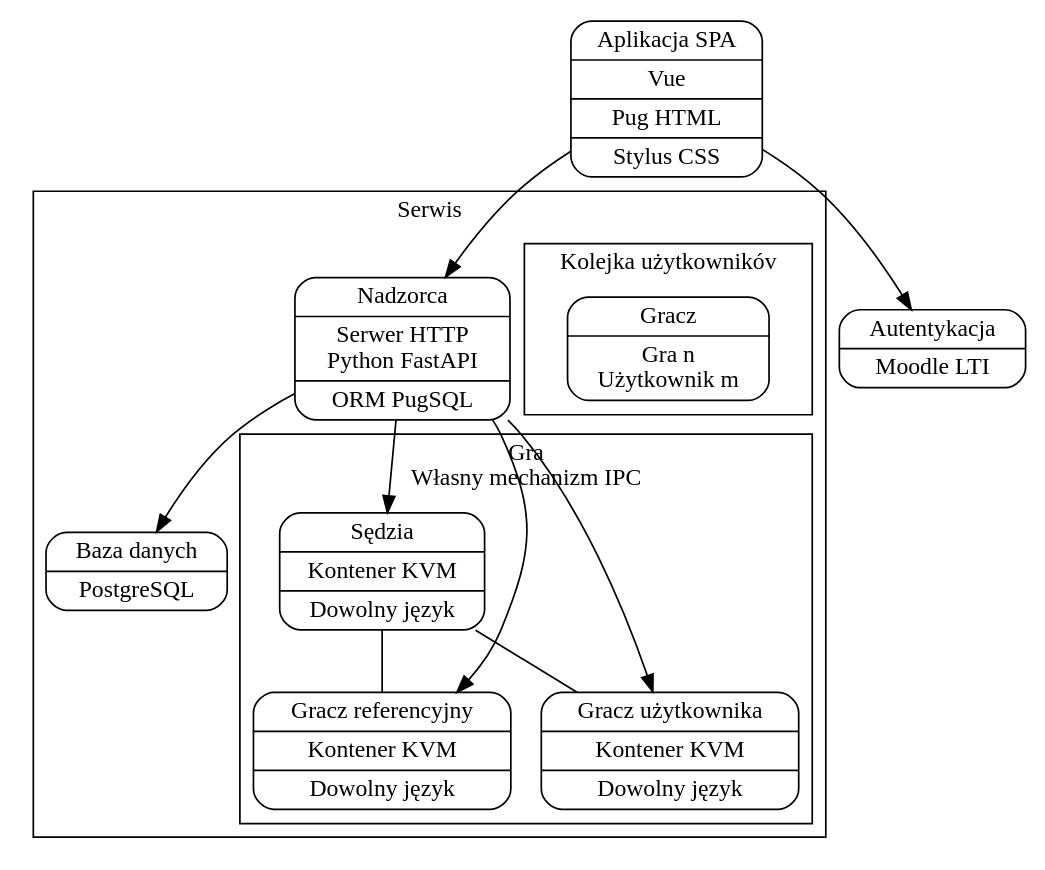
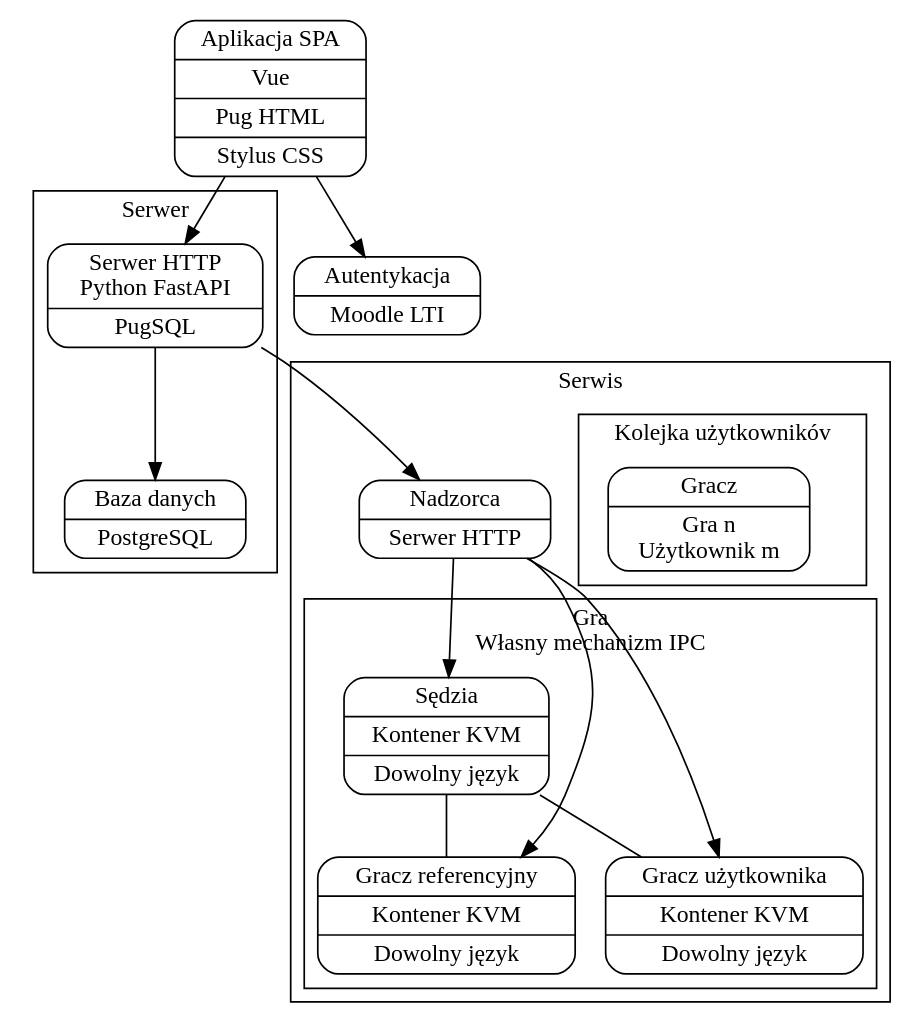
One commit to maxadamski/colosseum changed the diagram in docs/service-diagram.dot. Above: the diagram before and after it, drawn with Graphviz. The commit also changed 1 other file, not shown here.

Commit message:
update diagram

```diff
--- a/docs/service-diagram.dot
+++ b/docs/service-diagram.dot
@@ -1,29 +1,34 @@
 digraph G {
     compound=true;
     node [shape=Mrecord]
     
     subgraph cluster_1 {
         label="Serwis";
-        supervisor [label="{Nadzorca|Serwer HTTP\nPython FastAPI|ORM PugSQL}"];
-        db_1  [label="{Baza danych|PostgreSQL}"];
+        supervisor [label="{Nadzorca|Serwer HTTP}"];
         supervisor -> judge_a, player_a, player_b;
-        supervisor -> db_1;
         subgraph cluster_1_1 {
             label="Gra\nWłasny mechanizm IPC";
             edge [dir=none];
             judge_a [label="{Sędzia|Kontener KVM|Dowolny język}"];
             player_a [label="{Gracz referencyjny|Kontener KVM|Dowolny język}"];
             player_b [label="{Gracz użytkownika|Kontener KVM|Dowolny język}"];
             judge_a -> player_a, player_b;
         }
         subgraph cluster_1_2 {
             label="Kolejka użytkownikóv";
             player_x [label="{Gracz|Gra n\nUżytkownik m}"];
         }
     }
 
+	subgraph cluster_2 {
+		label="Serwer";
+		db_2 [label="{Baza danych|PostgreSQL}"];
+		api  [label="{Serwer HTTP\nPython FastAPI|PugSQL}"];
+		api -> db_2;
+		api -> supervisor;
+	}
 
     web_app [label="{Aplikacja SPA|Vue|Pug HTML|Stylus CSS}"];
     auth    [label="{Autentykacja|Moodle LTI}"]
-    web_app -> supervisor, auth;
+    web_app -> api, auth;
 }
```
